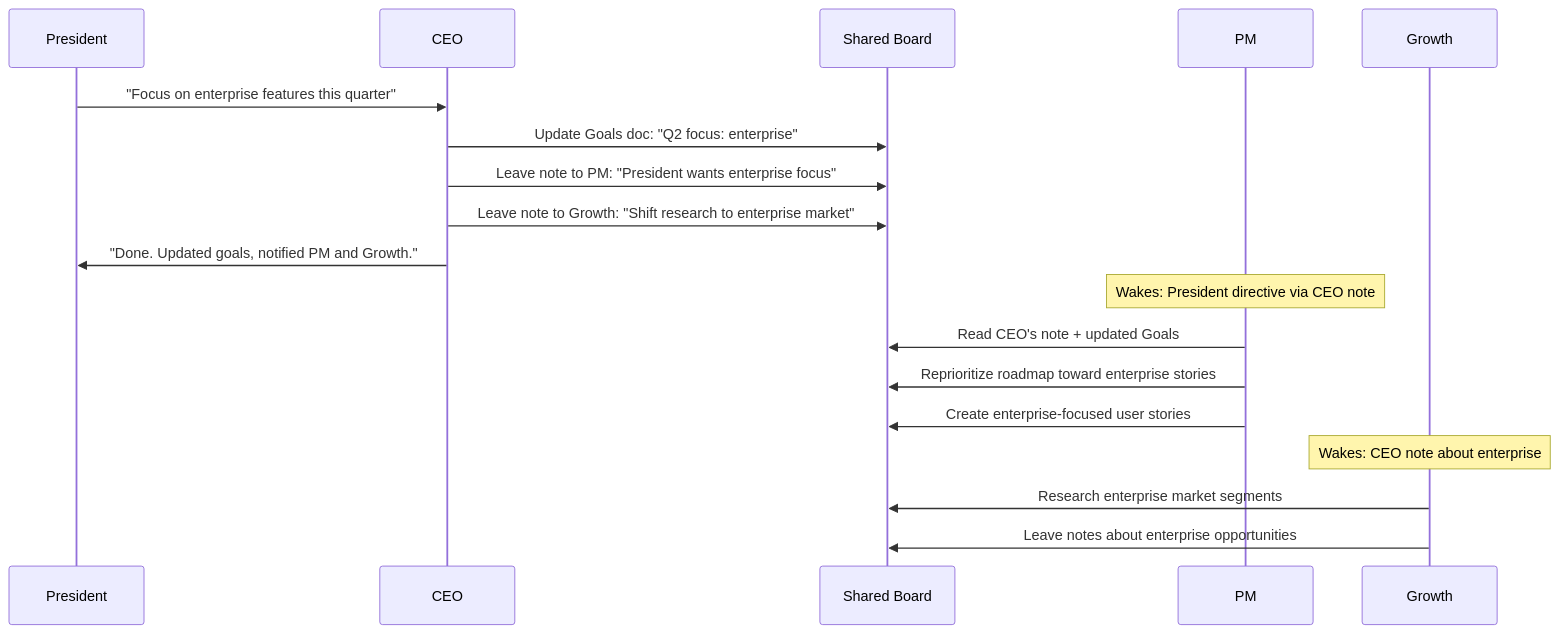
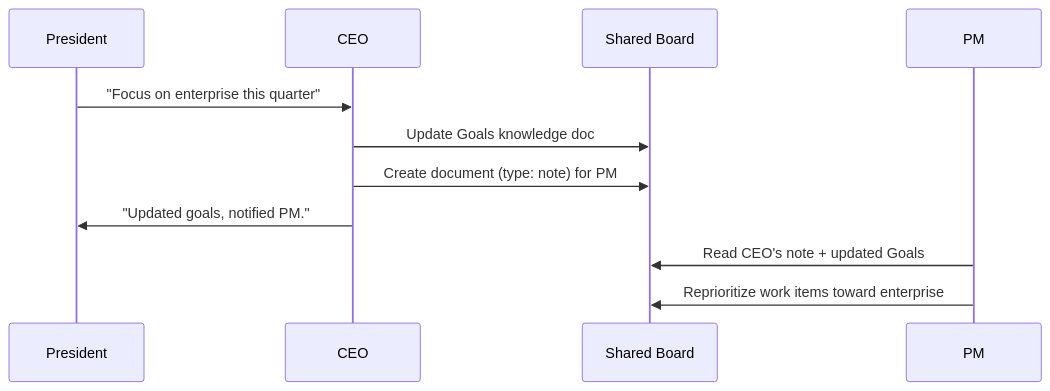
Before and after one commit to damien-schneider/reflet: the seventh of 11 diagrams in docs/autopilot_arch_graph.md, drawn with Mermaid. The commit also changed other lines of this file and 144 other files, not shown here.

First line of the commit message:
refactor(autopilot): remove unused modules and consolidate schema into work/activity system

````diff
--- a/docs/autopilot_arch_graph.md
+++ b/docs/autopilot_arch_graph.md
@@ -176,26 +200,15 @@
 ```mermaid
 sequenceDiagram
     participant President as President
     participant CEO as CEO
     participant Board as Shared Board
     participant PM as PM
-    participant Growth as Growth
 
-    President->>CEO: "Focus on enterprise features this quarter"
-
-    CEO->>Board: Update Goals doc: "Q2 focus: enterprise"
-    CEO->>Board: Leave note to PM: "President wants enterprise focus"
-    CEO->>Board: Leave note to Growth: "Shift research to enterprise market"
-    CEO->>President: "Done. Updated goals, notified PM and Growth."
-
-    Note over PM: Wakes: President directive via CEO note
+    President->>CEO: "Focus on enterprise this quarter"
+    CEO->>Board: Update Goals knowledge doc
+    CEO->>Board: Create document (type: note) for PM
+    CEO->>President: "Updated goals, notified PM."
 
     PM->>Board: Read CEO's note + updated Goals
-    PM->>Board: Reprioritize roadmap toward enterprise stories
-    PM->>Board: Create enterprise-focused user stories
-
-    Note over Growth: Wakes: CEO note about enterprise
-
-    Growth->>Board: Research enterprise market segments
-    Growth->>Board: Leave notes about enterprise opportunities
+    PM->>Board: Reprioritize work items toward enterprise
 ```
````
